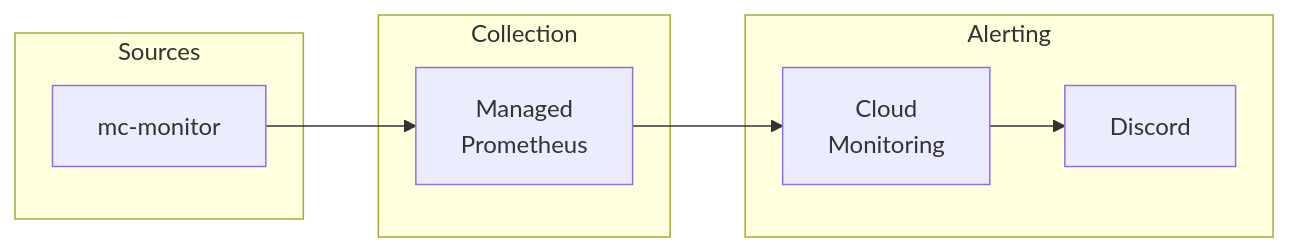
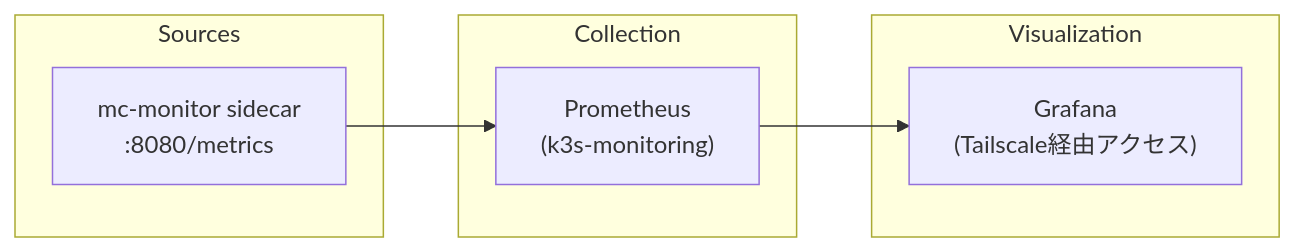
The fifth of 5 diagrams in Documents/README/Home.md (Tagomori0211/Minecraft-on-Kubenates), drawn with Mermaid before and after one commit. The commit also changed other lines of this file and 6 other files, not shown here.

````diff
--- a/Documents/README/Home.md
+++ b/Documents/README/Home.md
@@ -255,19 +279,17 @@
 ```mermaid
 flowchart LR
     subgraph Sources
-        MC["mc-monitor"]
+        MC["mc-monitor sidecar\n:8080/metrics"]
     end
 
     subgraph Collection
-        GMP["Managed\nPrometheus"]
+        Prom["Prometheus\n(k3s-monitoring)"]
     end
 
-    subgraph Alerting
-        Alert["Cloud\nMonitoring"]
-        Discord["Discord"]
+    subgraph Visualization
+        Grafana["Grafana\n(Tailscale経由アクセス)"]
     end
 
-    MC --> GMP
-    GMP --> Alert
-    Alert --> Discord
+    MC --> Prom
+    Prom --> Grafana
 ```
````
